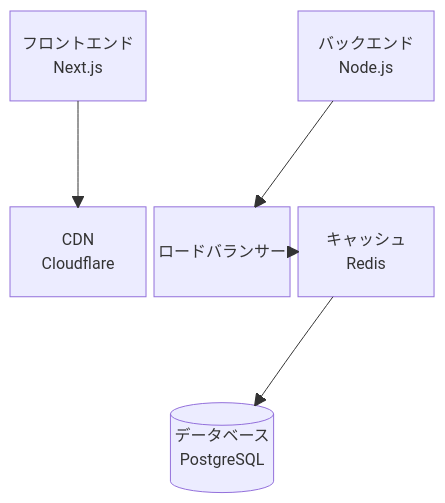
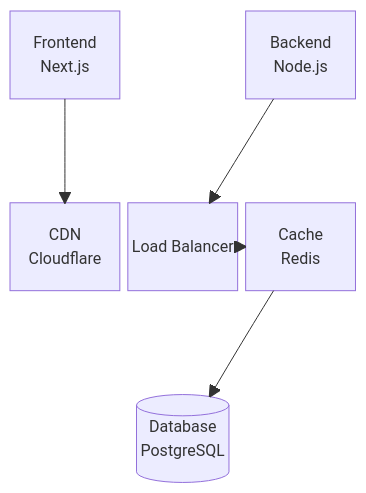
Diagram 15 of 16 in docs/2026/2026-02-01-beautiful-mermaid-を使ってみた.md (naopoyo/naopoyo-web-contents), drawn with Mermaid before and after one commit. The commit also changed other lines of this file, not shown here.

Commit message:
update: beautiful-mermaid を使ってみた

````diff
--- a/docs/2026/2026-02-01-beautiful-mermaid-を使ってみた.md
+++ b/docs/2026/2026-02-01-beautiful-mermaid-を使ってみた.md
@@ -264,22 +264,22 @@
 ```mermaid
 block-beta
 columns 3
-    Frontend["フロントエンド\nNext.js"]
+    Frontend["Frontend\nNext.js"]
     space
-    Backend["バックエンド\nNode.js"]
+    Backend["Backend\nNode.js"]
 
     space space space
 
     CDN["CDN\nCloudflare"]
-    LB["ロードバランサー"]
-    Cache["キャッシュ\nRedis"]
+    LB["Load Balancer"]
+    Cache["Cache\nRedis"]
 
     space space space
 
-    DB[("データベース\nPostgreSQL")]:3
+    DB[("Database\nPostgreSQL")]:3
 
     Frontend --> CDN
     Backend --> LB
     LB --> Cache
     Cache --> DB
 ```
````
